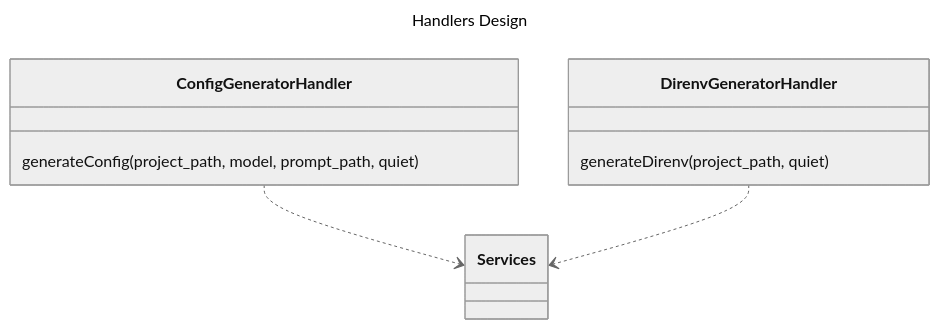
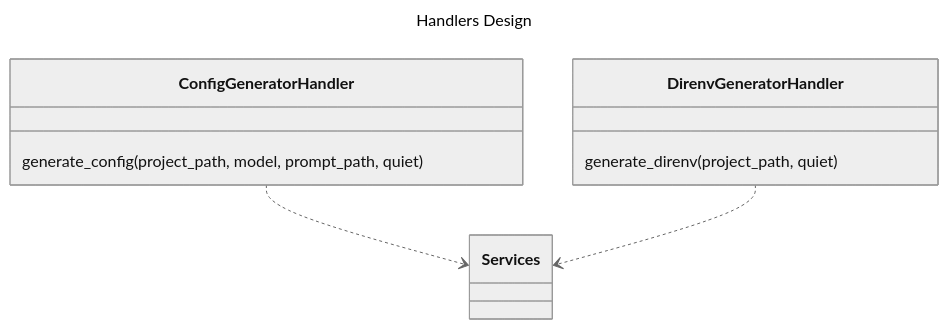
One commit to Oldranda1414/AutoDev changed the diagram in docs/assets/src/handlers_design.mmd. Above: the diagram before and after it, drawn with Mermaid (neutral theme). The commit also changed 6 other files, not shown here.

```diff
--- a/docs/assets/src/handlers_design.mmd
+++ b/docs/assets/src/handlers_design.mmd
@@ -1,14 +1,14 @@
 ---
 title: Handlers Design
 ---
 classDiagram
     class ConfigGeneratorHandler {
-        generateConfig(project_path, model, prompt_path, quiet)
+        generate_config(project_path, model, prompt_path, quiet)
     }
 
     class DirenvGeneratorHandler {
-        generateDirenv(project_path, quiet)
+        generate_direnv(project_path, quiet)
     }
 
     ConfigGeneratorHandler  ..> Services
     DirenvGeneratorHandler  ..> Services
```
